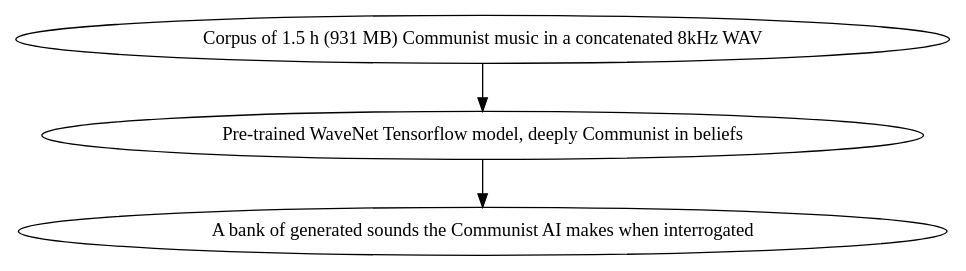
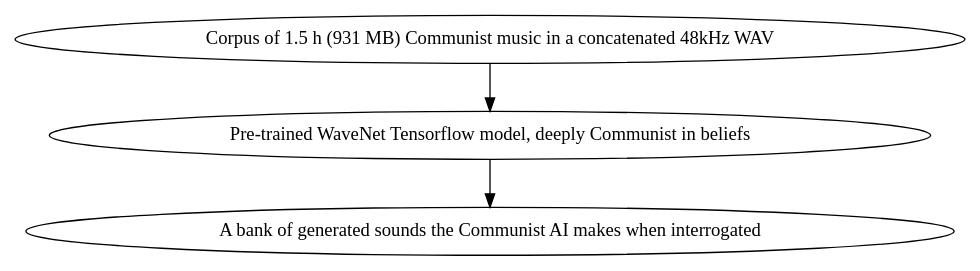
The diagram in t3-communist-ai/images/process.dot (cybercom-finland/hacking-great-3), drawn with Graphviz before and after one commit. The commit also changed 3 other files, not shown here.

```diff
--- a/t3-communist-ai/images/process.dot
+++ b/t3-communist-ai/images/process.dot
@@ -1,8 +1,8 @@
 # Use: dot -Tpng -o process.png < process.dot
 digraph process {
-  corpus [label="Corpus of 1.5 h (931 MB) Communist music in a concatenated 8kHz WAV"]
+  corpus [label="Corpus of 1.5 h (931 MB) Communist music in a concatenated 48kHz WAV"]
   model [label="Pre-trained WaveNet Tensorflow model, deeply Communist in beliefs"]
   generated [label="A bank of generated sounds the Communist AI makes when interrogated"]
   corpus -> model
   model -> generated
 }
```
